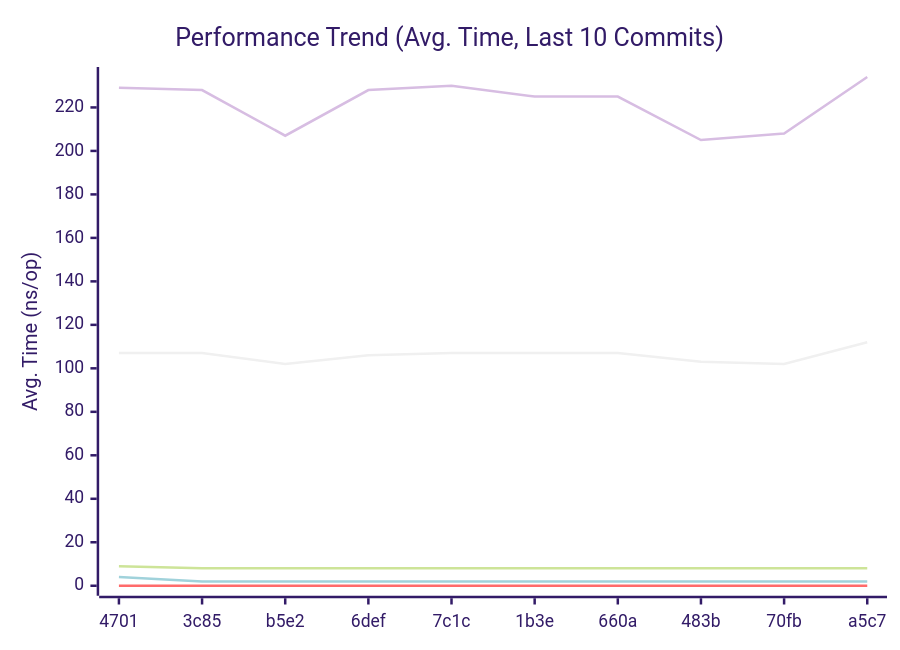
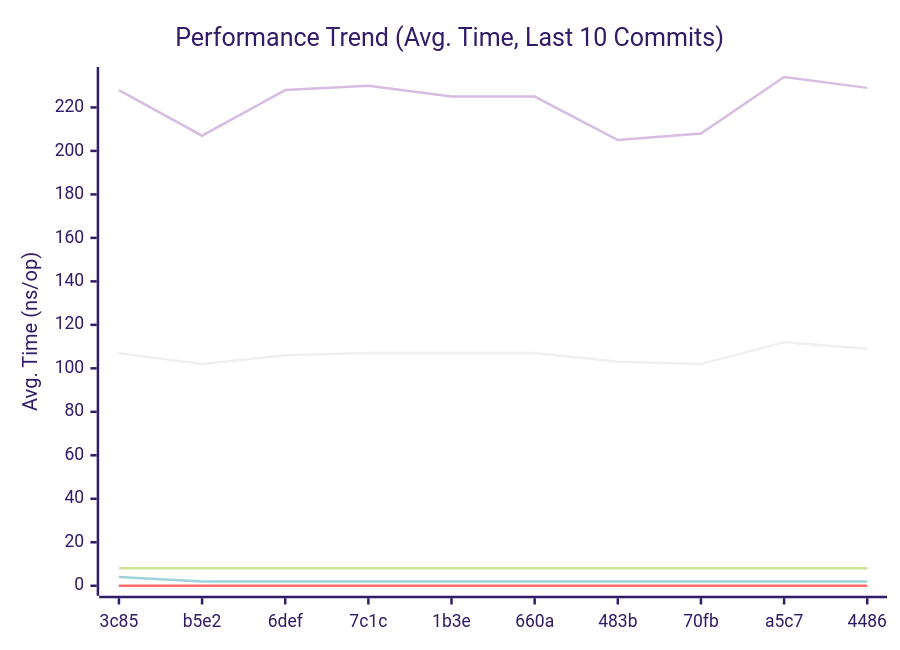
Before and after one commit to alsotoes/momo: the first of 3 diagrams in doc/README.md, drawn with Mermaid (forest theme). The commit also changed other lines of this file and 1 other file, not shown here.

````diff
--- a/doc/README.md
+++ b/doc/README.md
@@ -290,12 +290,12 @@
 ```mermaid
 xychart-beta
     title "Performance Trend (Avg. Time, Last 10 Commits)"
     x-axis "Commit"
     y-axis "Avg. Time (ns/op)"
-    x-axis [4701,3c85,b5e2,6def,7c1c,1b3e,660a,483b,70fb,a5c7]
-    line "CheckMetricsAndSwap" [9,8,8,8,8,8,8,8,8,8]
+    x-axis [3c85,b5e2,6def,7c1c,1b3e,660a,483b,70fb,a5c7,4486]
+    line "CheckMetricsAndSwap" [8,8,8,8,8,8,8,8,8,8]
     line "IndexDirectTracking" [0,0,0,0,0,0,0,0,0,0]
     line "IndexSearch" [4,2,2,2,2,2,2,2,2,2]
-    line "ParseReplicationOrder_NoPrealloc" [229,228,207,228,230,225,225,205,208,234]
-    line "ParseReplicationOrder_Prealloc" [107,107,102,106,107,107,107,103,102,112]
+    line "ParseReplicationOrder_NoPrealloc" [228,207,228,230,225,225,205,208,234,229]
+    line "ParseReplicationOrder_Prealloc" [107,102,106,107,107,107,103,102,112,109]
 ```
````
